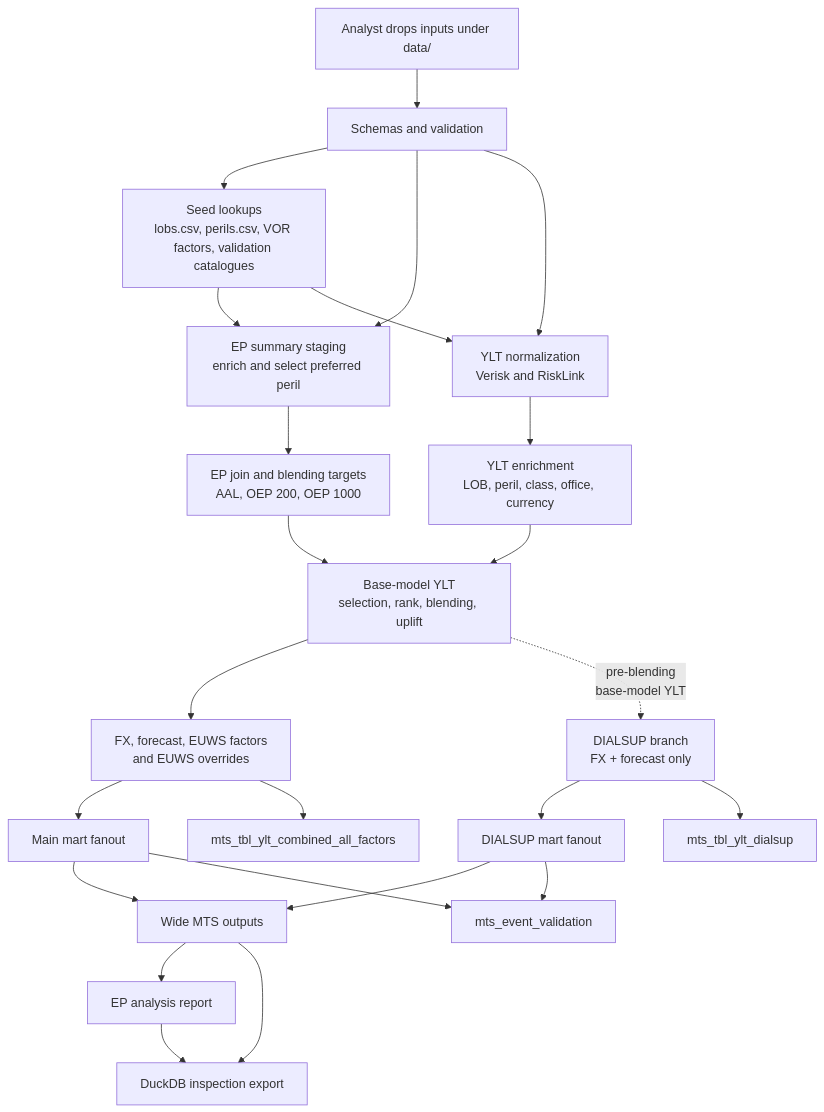
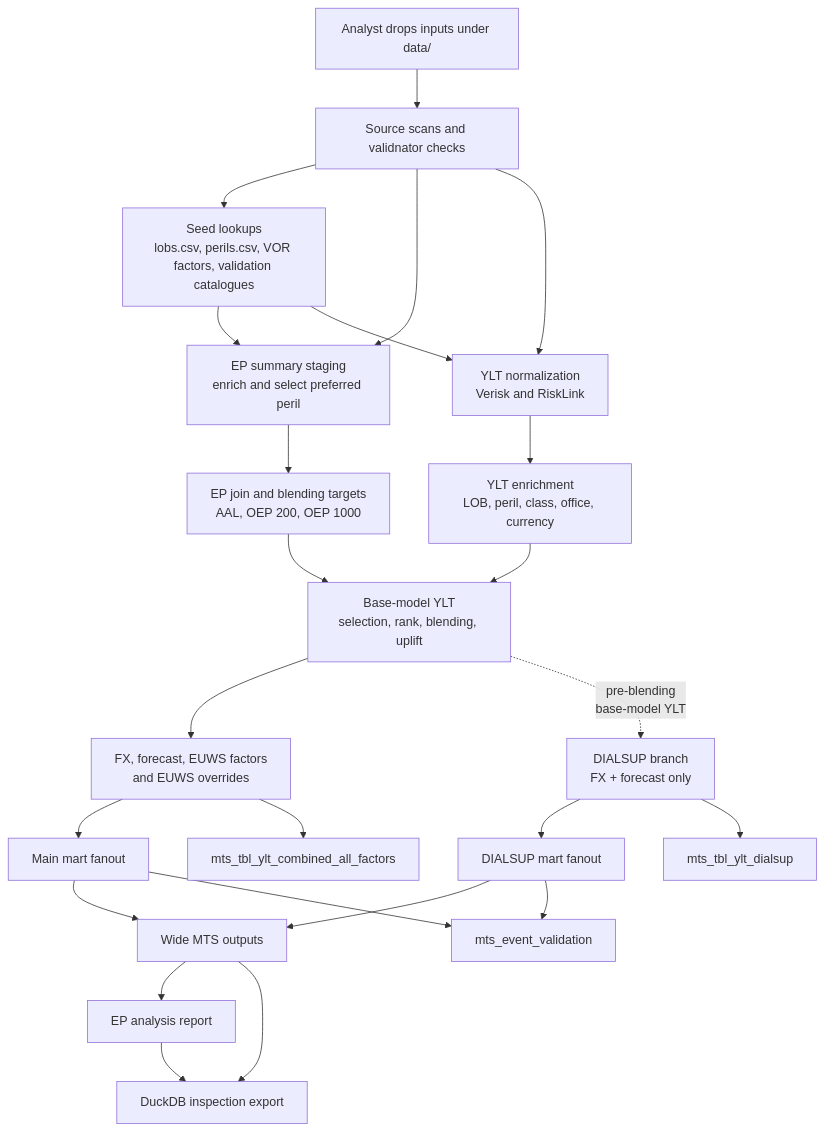
The diagram in docs/architecture.md (richardrh/rollup-dbt), drawn with Mermaid before and after one commit. The commit also changed other lines of this file and 63 other files, not shown here.

Commit message:
refactor(pipeline): simplify rollup architecture (#82)

````diff
--- a/docs/architecture.md
+++ b/docs/architecture.md
@@ -10,26 +10,26 @@
 ```mermaid
 flowchart TD
-  A[Analyst drops inputs under data/] --> B[Schemas and validation]
+  A[Analyst drops inputs under data/] --> B[Source scans and validnator checks]
   B --> C[Seed lookups\nlobs.csv, perils.csv, VOR factors, validation catalogues]
   B --> D[EP summary staging\nenrich and select preferred peril]
   B --> E[YLT normalization\nVerisk and RiskLink]
   C --> D
   C --> E
   D --> F[EP join and blending targets\nAAL, OEP 200, OEP 1000]
   E --> G[YLT enrichment\nLOB, peril, class, office, currency]
   F --> H[Base-model YLT\nselection, rank, blending, uplift]
   G --> H
   H --> I[FX, forecast, EUWS factors\nand EUWS overrides]
   H -.->|pre-blending\nbase-model YLT| J[DIALSUP branch\nFX + forecast only]
   I --> K[Main mart fanout]
   J --> L[DIALSUP mart fanout]
   I --> O[mts_tbl_ylt_combined_all_factors]
   J --> P[mts_tbl_ylt_dialsup]
   K --> M[Wide MTS outputs]
   L --> M
   K --> N[mts_event_validation]
   L --> N
   M --> Q[EP analysis report]
   M --> R[DuckDB inspection export]
   Q --> R
 ```
````
